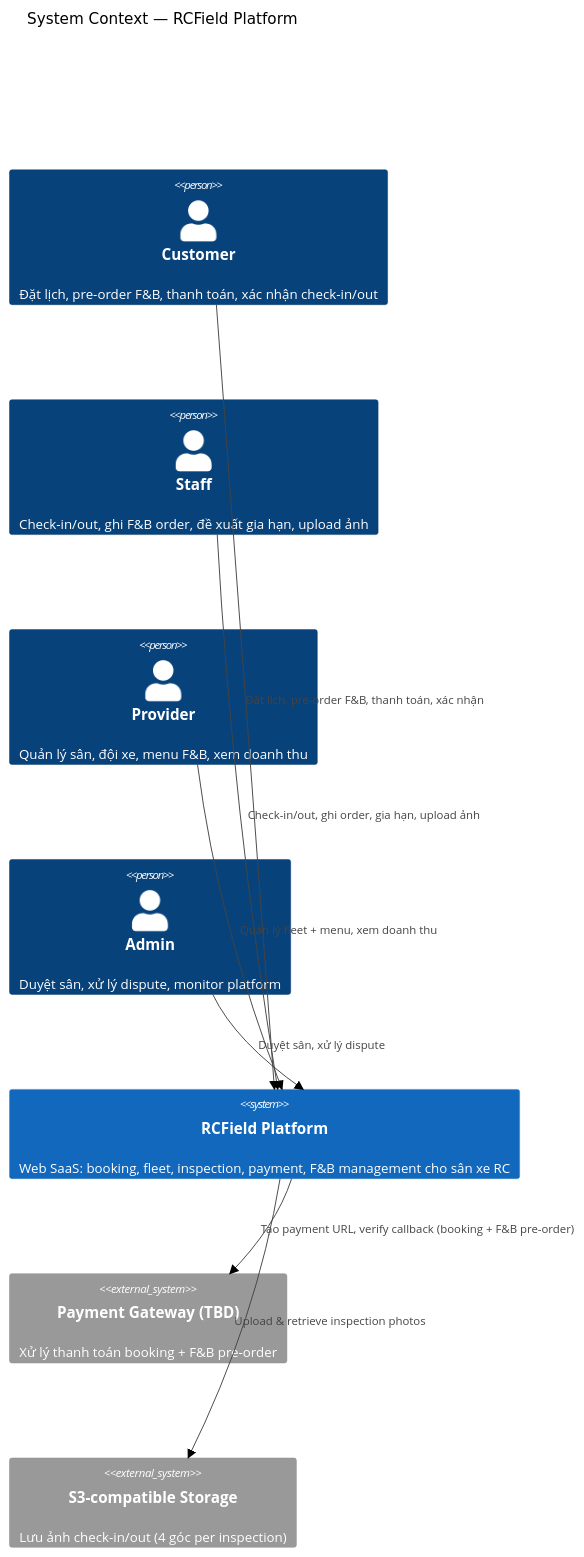
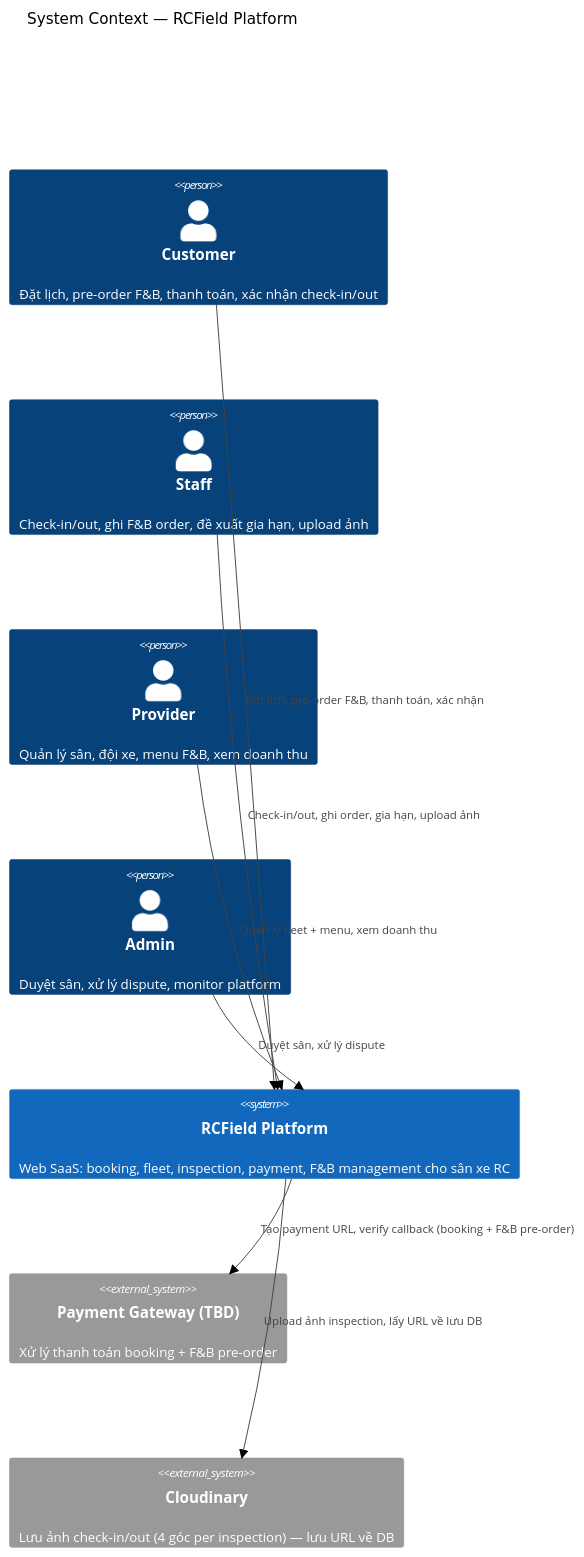
One commit to RCField-SEP490/rcfield-spec changed the first of 4 diagrams in docs/architecture/00-system-overview.md. Above: the diagram before and after it, drawn with Mermaid (neutral theme). The commit also changed other lines of this file and 12 other files, not shown here.

````diff
--- a/docs/architecture/00-system-overview.md
+++ b/docs/architecture/00-system-overview.md
@@ -16,21 +16,21 @@
 ```mermaid
 C4Context
     title System Context — RCField Platform
 
     Person(customer, "Customer", "Đặt lịch, pre-order F&B, thanh toán, xác nhận check-in/out")
     Person(staff, "Staff", "Check-in/out, ghi F&B order, đề xuất gia hạn, upload ảnh")
     Person(provider, "Provider", "Quản lý sân, đội xe, menu F&B, xem doanh thu")
     Person(admin, "Admin", "Duyệt sân, xử lý dispute, monitor platform")
 
     System(rcfield, "RCField Platform", "Web SaaS: booking, fleet, inspection, payment, F&B management cho sân xe RC")
 
     System_Ext(payment, "Payment Gateway (TBD)", "Xử lý thanh toán booking + F&B pre-order")
-    System_Ext(s3, "S3-compatible Storage", "Lưu ảnh check-in/out (4 góc per inspection)")
+    System_Ext(s3, "Cloudinary", "Lưu ảnh check-in/out (4 góc per inspection) — lưu URL về DB")
 
     Rel(customer, rcfield, "Đặt lịch, pre-order F&B, thanh toán, xác nhận")
     Rel(staff, rcfield, "Check-in/out, ghi order, gia hạn, upload ảnh")
     Rel(provider, rcfield, "Quản lý fleet + menu, xem doanh thu")
     Rel(admin, rcfield, "Duyệt sân, xử lý dispute")
     Rel(rcfield, payment, "Tạo payment URL, verify callback (booking + F&B pre-order)")
-    Rel(rcfield, s3, "Upload & retrieve inspection photos")
+    Rel(rcfield, s3, "Upload ảnh inspection, lấy URL về lưu DB")
 ```
````
